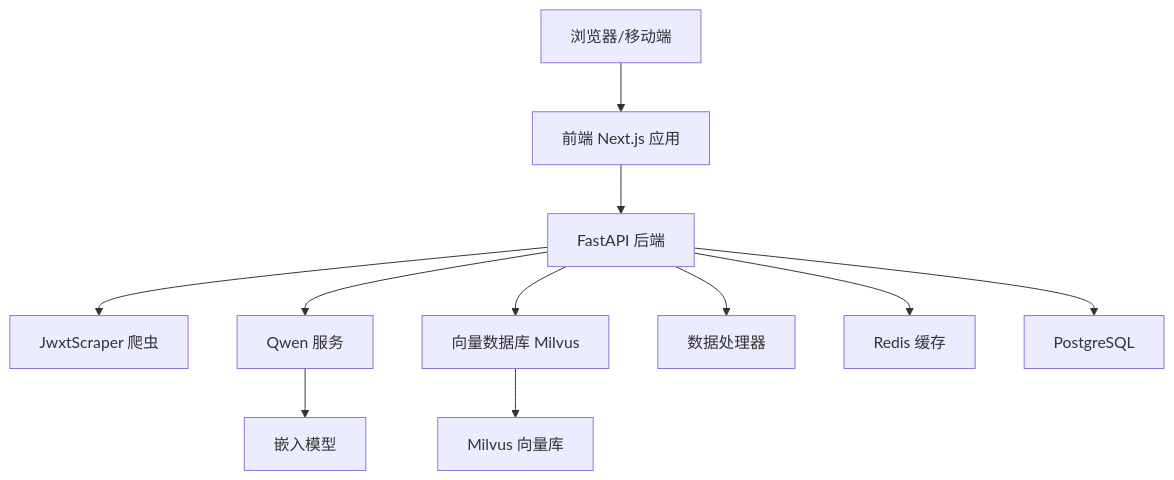
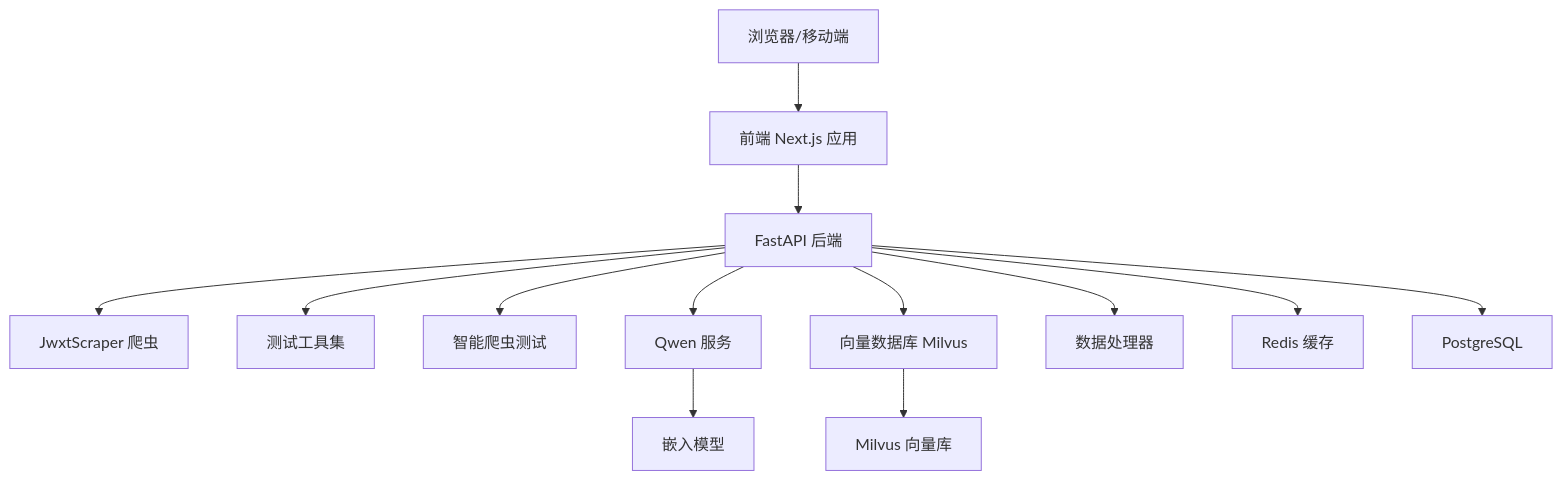
Before and after one commit to ghbbn053-ship-itsoulddog/soulddog: the second of 7 diagrams in .qoder/repowiki/zh/content/开发指南/调试工具/调试工具.md, drawn with Mermaid. The commit also changed other lines of this file and 6 other files, not shown here.

````diff
--- a/.qoder/repowiki/zh/content/开发指南/调试工具/调试工具.md
+++ b/.qoder/repowiki/zh/content/开发指南/调试工具/调试工具.md
@@ -120,13 +130,15 @@
 ```mermaid
 graph TB
 Client["浏览器/移动端"] --> FE["前端 Next.js 应用"]
 FE --> API["FastAPI 后端"]
 API --> Scraper["JwxtScraper 爬虫"]
+API --> TestTools["测试工具集"]
+API --> SmartCrawler["智能爬虫测试"]
 API --> Qwen["Qwen 服务"]
 API --> Vector["向量数据库 Milvus"]
 API --> Processor["数据处理器"]
 API --> Cache["Redis 缓存"]
 API --> DB["PostgreSQL"]
 Qwen --> Embedding["嵌入模型"]
 Vector --> Milvus["Milvus 向量库"]
 ```
````
